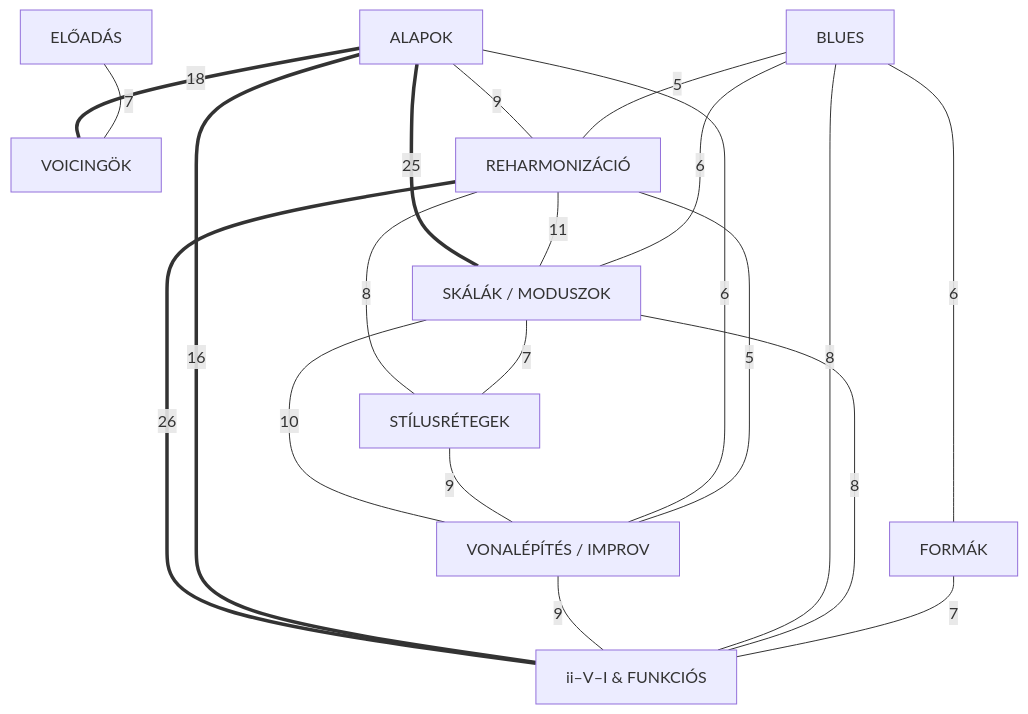
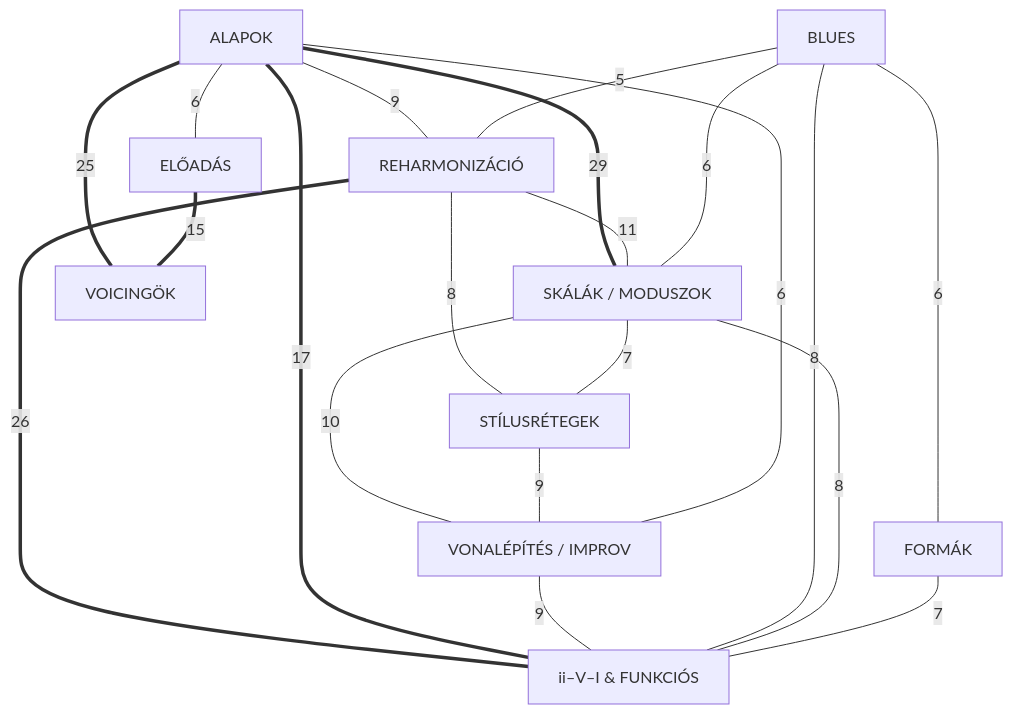
One commit to Ponder-deeply/secondBrain-wiki changed the first of 2 diagrams in subjects/jazz.md. Above: the diagram before and after it, drawn with Mermaid. The commit also changed other lines of this file and 29 other files, not shown here.

````diff
--- a/subjects/jazz.md
+++ b/subjects/jazz.md
@@ -99,33 +110,33 @@
 ```mermaid
 graph TD
   Alapok["ALAPOK"]
   Skalak["SKÁLÁK / MODUSZOK"]
   Voicing["VOICINGÖK"]
   iiVI["ii–V–I & FUNKCIÓS"]
   Reharm["REHARMONIZÁCIÓ"]
   Blues["BLUES"]
   Stilus["STÍLUSRÉTEGEK"]
   Forma["FORMÁK"]
   Vonal["VONALÉPÍTÉS / IMPROV"]
   Eloadas["ELŐADÁS"]
+  Alapok ===|29| Skalak
   Reharm ===|26| iiVI
-  Alapok ===|25| Skalak
-  Alapok ===|18| Voicing
-  Alapok ===|16| iiVI
+  Alapok ===|25| Voicing
+  Alapok ===|17| iiVI
+  Eloadas ===|15| Voicing
   Reharm ---|11| Skalak
   Skalak ---|10| Vonal
   Alapok ---|9| Reharm
   Stilus ---|9| Vonal
   Vonal ---|9| iiVI
   Blues ---|8| iiVI
   Reharm ---|8| Stilus
   Skalak ---|8| iiVI
-  Eloadas ---|7| Voicing
   Forma ---|7| iiVI
   Skalak ---|7| Stilus
+  Alapok ---|6| Eloadas
   Alapok ---|6| Vonal
   Blues ---|6| Forma
   Blues ---|6| Skalak
   Blues ---|5| Reharm
-  Reharm ---|5| Vonal
 ```
````
